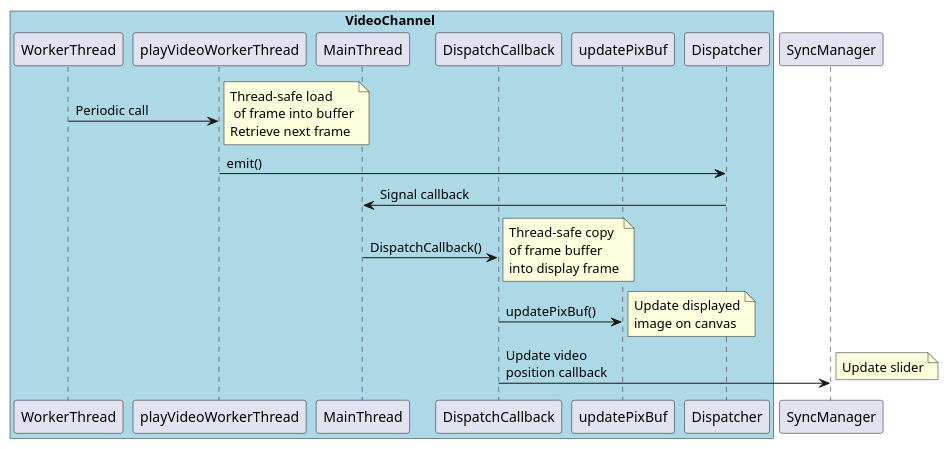
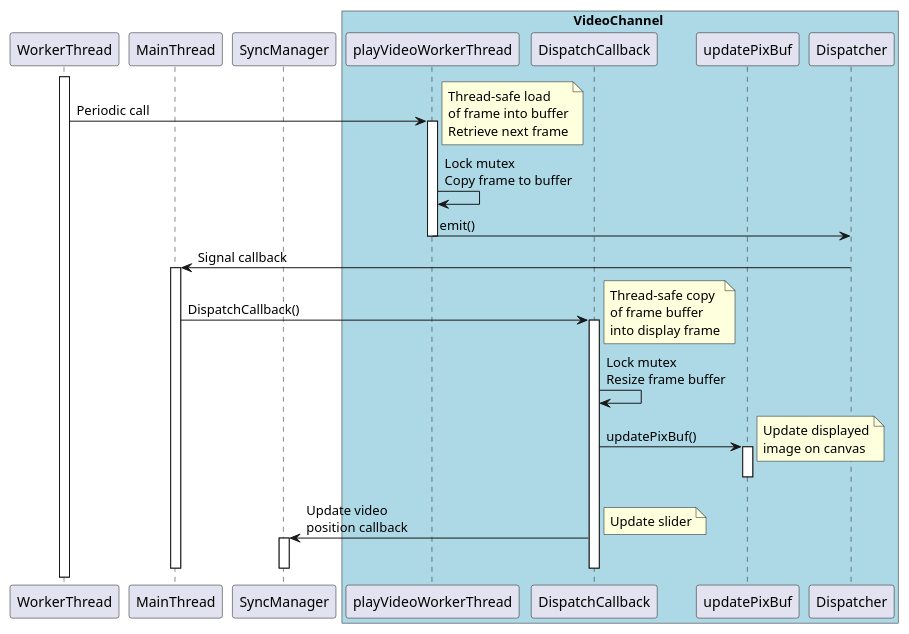
One commit to timwalsh41/SwingAnalyzer changed the first of 3 diagrams in design/Video channel frame update.md. Above: the diagram before and after it, drawn with PlantUML. The commit also changed 26 other files, not shown here.

````diff
--- a/design/Video channel frame update.md
+++ b/design/Video channel frame update.md
@@ -14,31 +14,43 @@
 ```plantuml
 
 @startuml
 
+participant WorkerThread
+participant MainThread
+participant SyncManager
+
 box VideoChannel #LightBlue
-participant WorkerThread
 participant playVideoWorkerThread
-
-participant MainThread
 participant DispatchCallback
 participant updatePixBuf
-
 participant Dispatcher
 end box
 
-participant SyncManager
+activate WorkerThread
+WorkerThread -> playVideoWorkerThread : Periodic call
+activate playVideoWorkerThread
+note right: Thread-safe load\nof frame into buffer\nRetrieve next frame
+playVideoWorkerThread -> playVideoWorkerThread : Lock mutex\nCopy frame to buffer
+playVideoWorkerThread -> Dispatcher : emit()
+deactivate playVideoWorkerThread
 
-WorkerThread -> playVideoWorkerThread : Periodic call
-note right: Thread-safe load\n of frame into buffer\nRetrieve next frame
-playVideoWorkerThread -> Dispatcher : emit()
 Dispatcher -> MainThread : Signal callback
+activate MainThread
 MainThread -> DispatchCallback : DispatchCallback()
+activate DispatchCallback
 note right: Thread-safe copy\nof frame buffer\ninto display frame
+DispatchCallback -> DispatchCallback : Lock mutex\nResize frame buffer
 DispatchCallback -> updatePixBuf : updatePixBuf()
+activate updatePixBuf
 note right: Update displayed\nimage on canvas
+deactivate updatePixBuf
 DispatchCallback -> SyncManager : Update video\nposition callback
+activate SyncManager
 note right: Update slider
+deactivate SyncManager
+deactivate DispatchCallback
+deactivate MainThread
 
 @enduml
 
 ```
````
